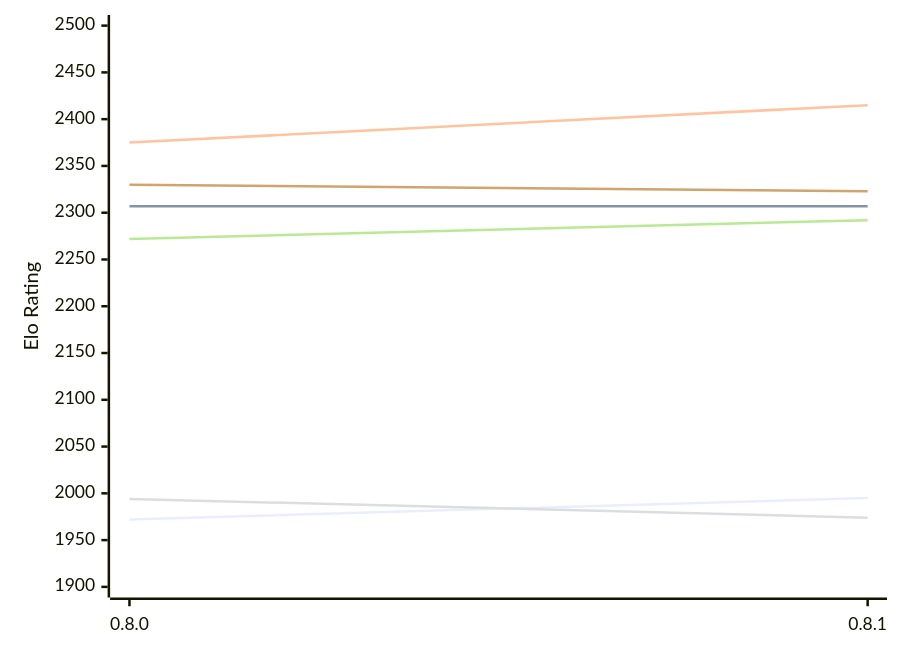
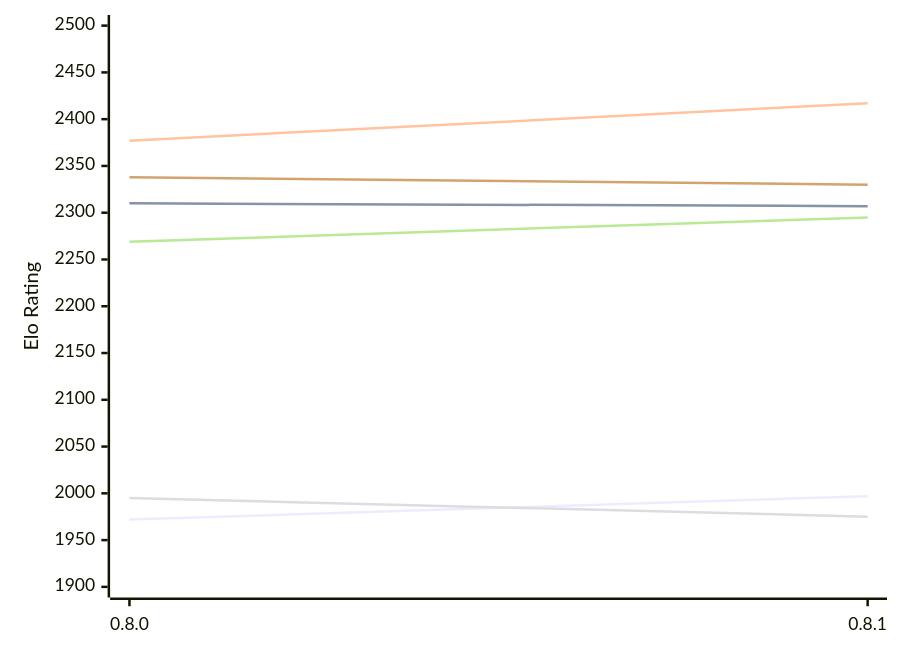
The diagram in engines/LittleWing.md (computer-chess-index/cci), drawn with Mermaid before and after one commit. The commit also changed other lines of this file, not shown here.

Commit message:
Update CCI Ratings (ELO VLTC) - 2026-11-20

````diff
--- a/engines/LittleWing.md
+++ b/engines/LittleWing.md
@@ -49,12 +49,12 @@
 ```mermaid
 %%{init: {"theme":"base","themeVariables":{"seriesColors:['#a3a3a3','#222221','#faa371']}}}%%
 xychart-beta
   x-axis ["0.8.0", "0.8.1"]
   y-axis "Elo Rating" 1900 --> 2500
-  line "E1: STC (8.0+0.08s)" [1972, 1995]
-  line "E1: LTC (60.0+0.60s)" [2307, 2307]
-  line "E1: VLTC (2m24s+1.12s)" [2375, 2415]
-  line "P1: STC (8.0+0.08s)" [1994, 1974]
-  line "P1: LTC (60.0+0.60s)" [2272, 2292]
-  line "P1: VLTC (2m24s+1.12s)" [2330, 2323]
+  line "E1: STC (8.0+0.08s)" [1972, 1997]
+  line "E1: LTC (60.0+0.60s)" [2310, 2307]
+  line "E1: VLTC (2m24s+1.12s)" [2377, 2417]
+  line "P1: STC (8.0+0.08s)" [1995, 1975]
+  line "P1: LTC (60.0+0.60s)" [2269, 2295]
+  line "P1: VLTC (2m24s+1.12s)" [2338, 2330]
 ```
````
